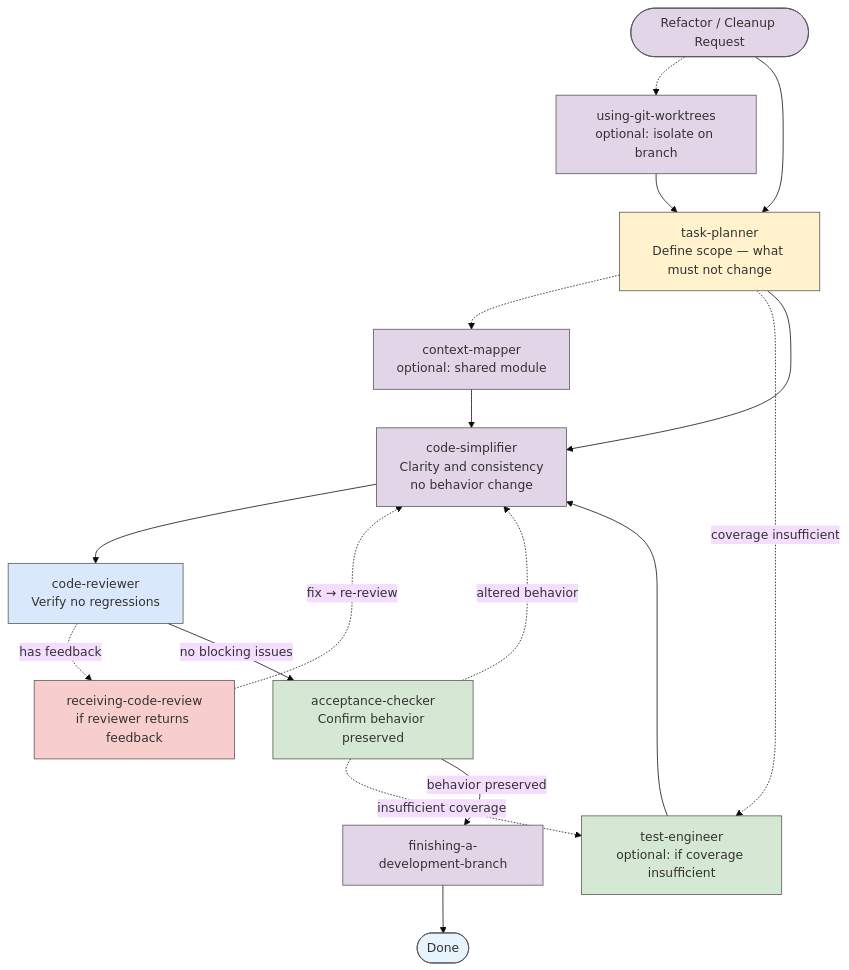
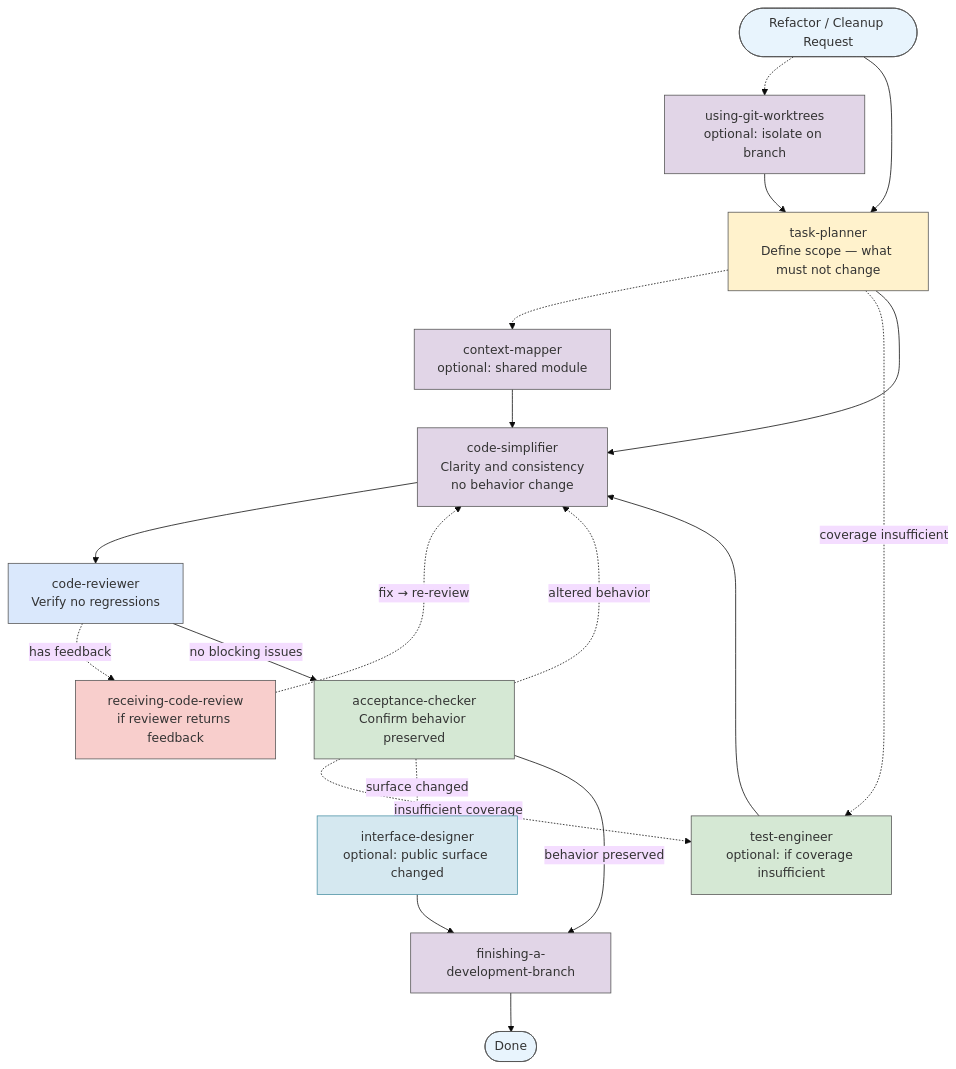
One commit to yuriyvsavchuk/devflow changed the eighth of 13 diagrams in USER-MANUAL.md. Above: the diagram before and after it, drawn with Mermaid (base theme). The commit also changed other lines of this file and 14 other files, not shown here.

````diff
--- a/USER-MANUAL.md
+++ b/USER-MANUAL.md
@@ -699,40 +826,44 @@
 ```mermaid
 graph TD
-    classDef startEnd fill:#E1D5E7,stroke:#555
+    classDef startEnd fill:#E8F4FD,stroke:#555
     classDef optional fill:#E1D5E7,stroke:#555
     classDef planning fill:#FFF2CC,stroke:#555
     classDef simplify fill:#E1D5E7,stroke:#555
     classDef testing fill:#D5E8D4,stroke:#555
     classDef review fill:#DAE8FC,stroke:#555
     classDef feedback fill:#F8CECC,stroke:#555
     classDef done fill:#E8F4FD,stroke:#555
+    classDef contract fill:#D5E8F0,stroke:#4A90A4
 
     start([Refactor / Cleanup Request]):::startEnd
     worktree[using-git-worktrees<br/>optional: isolate on branch]:::optional
     plan[task-planner<br/>Define scope — what must not change]:::planning
     mapper[context-mapper<br/>optional: shared module]:::optional
     pretest[test-engineer<br/>optional: if coverage insufficient]:::testing
     simplify[code-simplifier<br/>Clarity and consistency<br/>no behavior change]:::simplify
     review[code-reviewer<br/>Verify no regressions]:::review
     rcr[receiving-code-review<br/>if reviewer returns feedback]:::feedback
     accept[acceptance-checker<br/>Confirm behavior preserved]:::testing
+    iface[interface-designer<br/>optional: public surface changed]:::contract
     finish[finishing-a-development-branch]:::optional
     done([Done]):::done
 
     start -.-> worktree
     start --> plan
     worktree --> plan
     plan -.-> mapper
     plan -.->|coverage insufficient| pretest
     mapper --> simplify
     pretest --> simplify
     plan --> simplify
     simplify --> review
     review -.->|has feedback| rcr
     rcr -.->|fix → re-review| simplify
     review -->|no blocking issues| accept
     accept -.->|altered behavior| simplify
     accept -.->|insufficient coverage| pretest
+    accept -.->|surface changed| iface
     accept -->|behavior preserved| finish
+    iface --> finish
     finish --> done
 ```
````
